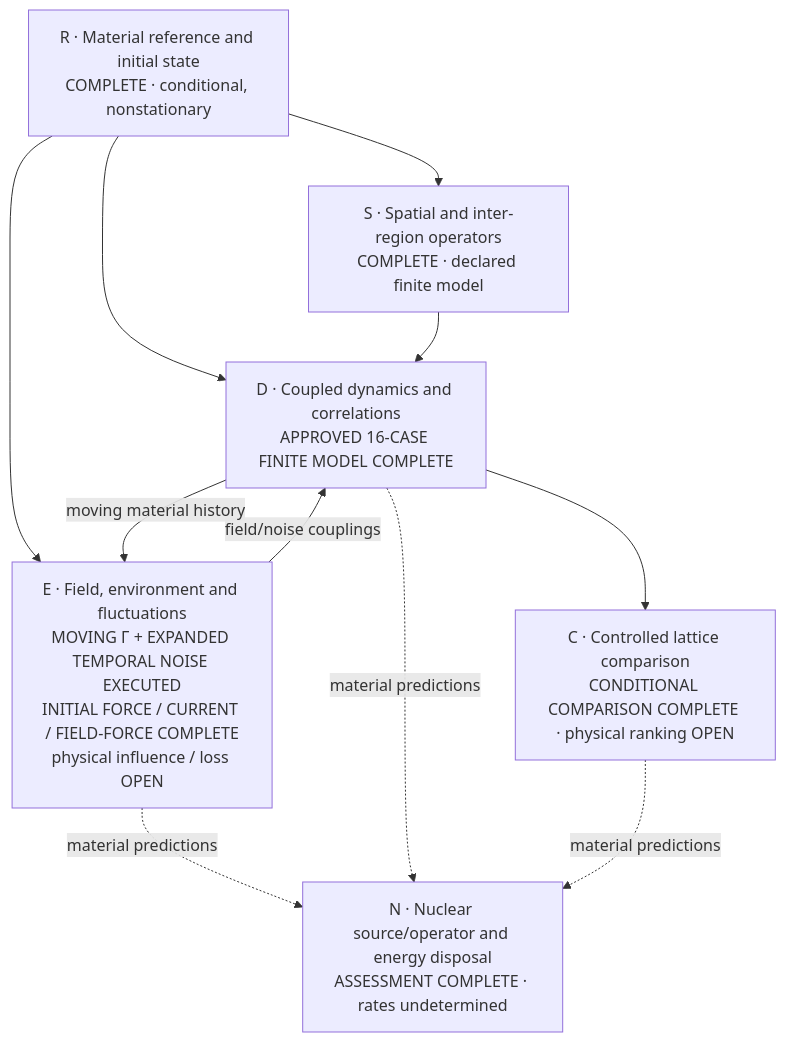
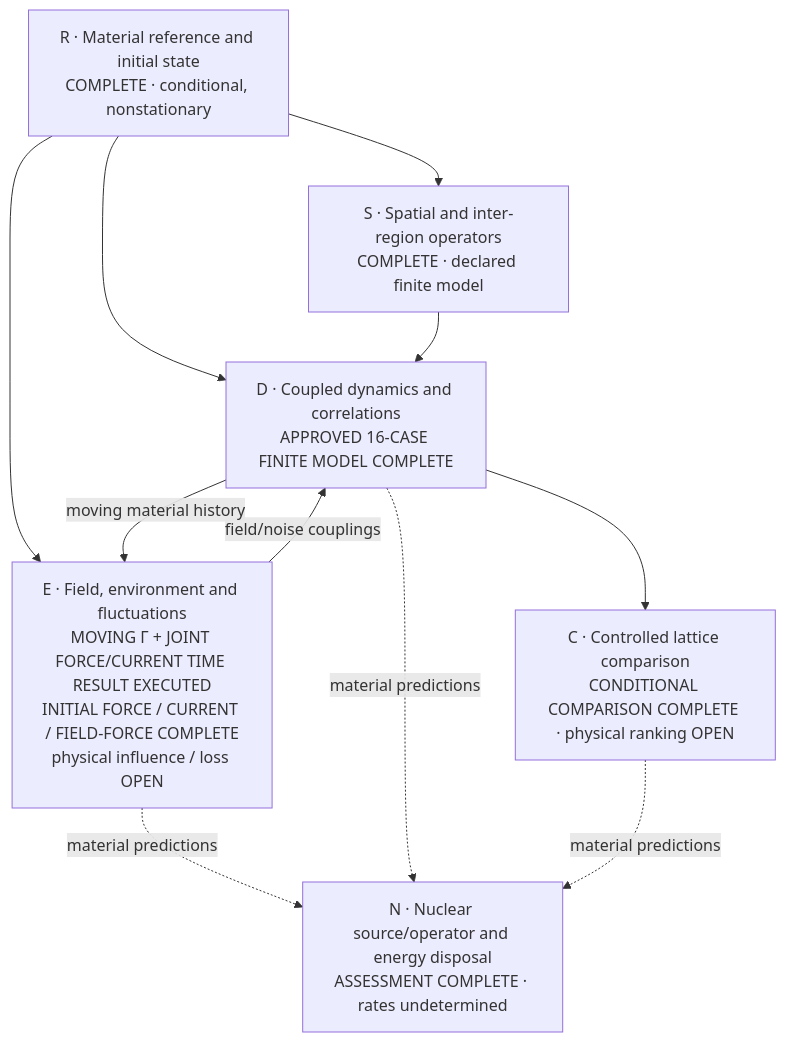
One commit to vantasnerdan/substrate-framework changed the diagram in proposals/P254-ni-collective-response/SOLUTION.md. Above: the diagram before and after it, drawn with Mermaid. The commit also changed other lines of this file and 8 other files, not shown here.

Commit message:
P254: publish complete joint force-current temporal component and physical scope

````diff
--- a/proposals/P254-ni-collective-response/SOLUTION.md
+++ b/proposals/P254-ni-collective-response/SOLUTION.md
@@ -16,19 +16,19 @@
 ```mermaid
 flowchart TD
     R["R · Material reference and initial state\nCOMPLETE · conditional, nonstationary"]
     S["S · Spatial and inter-region operators\nCOMPLETE · declared finite model"]
-    E["E · Field, environment and fluctuations\nMOVING Γ + EXPANDED TEMPORAL NOISE EXECUTED\nINITIAL FORCE / CURRENT / FIELD-FORCE COMPLETE\nphysical influence / loss OPEN"]
+    E["E · Field, environment and fluctuations\nMOVING Γ + JOINT FORCE/CURRENT TIME RESULT EXECUTED\nINITIAL FORCE / CURRENT / FIELD-FORCE COMPLETE\nphysical influence / loss OPEN"]
     D["D · Coupled dynamics and correlations\nAPPROVED 16-CASE FINITE MODEL COMPLETE"]
     C["C · Controlled lattice comparison\nCONDITIONAL COMPARISON COMPLETE · physical ranking OPEN"]
     N["N · Nuclear source/operator and energy disposal\nASSESSMENT COMPLETE · rates undetermined"]
     R --> S
     R --> E
     R --> D
     S --> D
     E -- "field/noise couplings" --> D
     D -- "moving material history" --> E
     D --> C
     E -. "material predictions" .-> N
     D -. "material predictions" .-> N
     C -. "material predictions" .-> N
 ```
````
